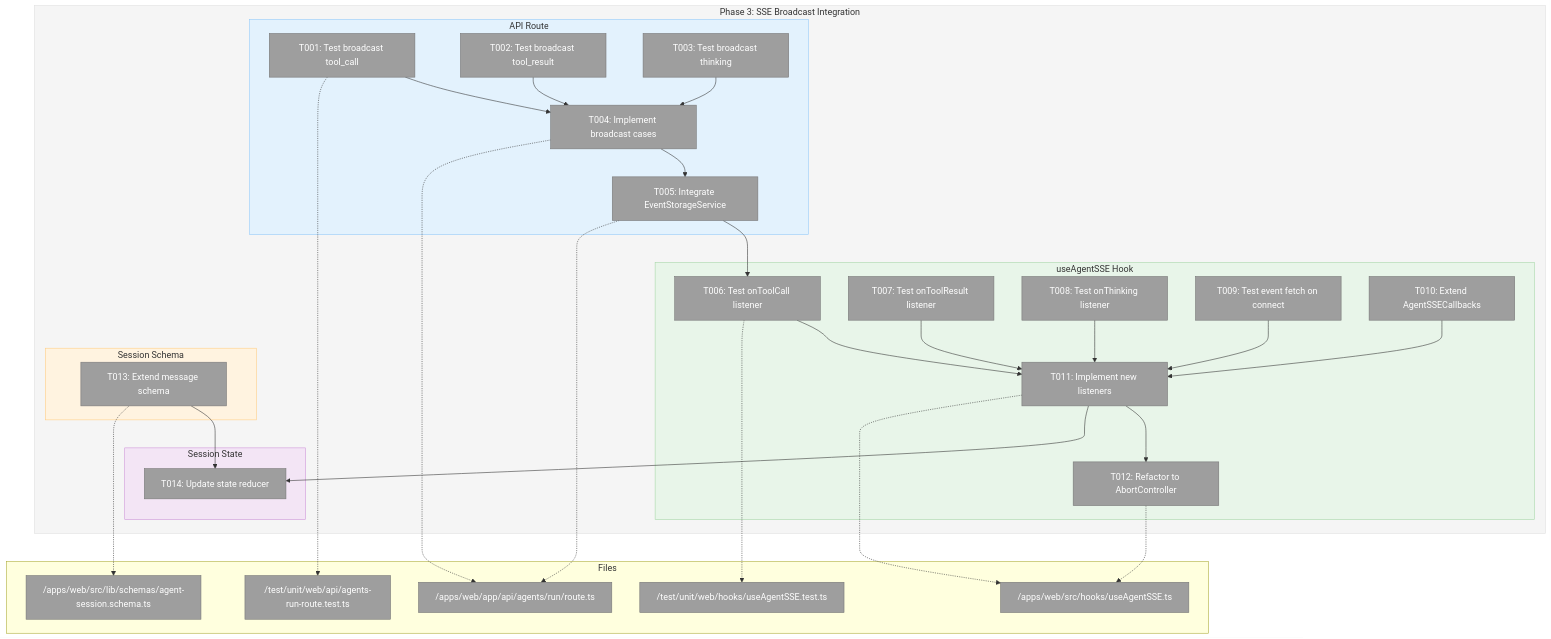
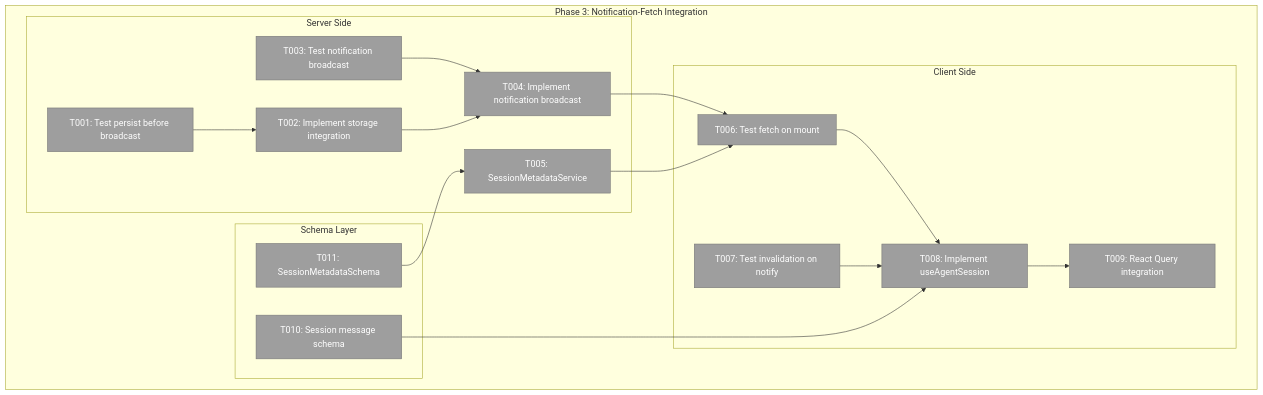
The first of 4 diagrams in docs/plans/015-better-agents/tasks/phase-3-sse-broadcast-integration/tasks.md (AI-Substrate/chainglass), drawn with Mermaid before and after one commit. The commit also changed other lines of this file and 1 other file, not shown here.

First line of the commit message:
feat(015): Phase 3 notification-fetch architecture design

````diff
--- a/docs/plans/015-better-agents/tasks/phase-3-sse-broadcast-integration/tasks.md
+++ b/docs/plans/015-better-agents/tasks/phase-3-sse-broadcast-integration/tasks.md
@@ -88,71 +126,38 @@
 ```mermaid
 flowchart TD
     classDef pending fill:#9E9E9E,stroke:#757575,color:#fff
-    classDef inprogress fill:#FF9800,stroke:#F57C00,color:#fff
     classDef completed fill:#4CAF50,stroke:#388E3C,color:#fff
-    classDef blocked fill:#F44336,stroke:#D32F2F,color:#fff
 
-    style Phase fill:#F5F5F5,stroke:#E0E0E0
-    style API fill:#E3F2FD,stroke:#90CAF9
-    style Hook fill:#E8F5E9,stroke:#A5D6A7
-    style Schema fill:#FFF3E0,stroke:#FFCC80
-    style State fill:#F3E5F5,stroke:#CE93D8
-
-    subgraph Phase["Phase 3: SSE Broadcast Integration"]
-        subgraph API["API Route"]
-            T001["T001: Test broadcast tool_call"]:::pending
-            T002["T002: Test broadcast tool_result"]:::pending
-            T003["T003: Test broadcast thinking"]:::pending
-            T004["T004: Implement broadcast cases"]:::pending
-            T005["T005: Integrate EventStorageService"]:::pending
-            T001 --> T004
-            T002 --> T004
-            T003 --> T004
-            T004 --> T005
+    subgraph Phase3["Phase 3: Notification-Fetch Integration"]
+        subgraph Schema["Schema Layer"]
+            T011["T011: SessionMetadataSchema"]:::pending
+            T010["T010: Session message schema"]:::pending
         end
 
-        subgraph Hook["useAgentSSE Hook"]
-            T006["T006: Test onToolCall listener"]:::pending
-            T007["T007: Test onToolResult listener"]:::pending
-            T008["T008: Test onThinking listener"]:::pending
-            T009["T009: Test event fetch on connect"]:::pending
-            T010["T010: Extend AgentSSECallbacks"]:::pending
-            T011["T011: Implement new listeners"]:::pending
-            T012["T012: Refactor to AbortController"]:::pending
-            T006 --> T011
-            T007 --> T011
-            T008 --> T011
-            T009 --> T011
-            T010 --> T011
-            T011 --> T012
+        subgraph Server["Server Side"]
+            T001["T001: Test persist before broadcast"]:::pending
+            T002["T002: Implement storage integration"]:::pending
+            T003["T003: Test notification broadcast"]:::pending
+            T004["T004: Implement notification broadcast"]:::pending
+            T005["T005: SessionMetadataService"]:::pending
+            T001 --> T002
+            T003 --> T004
+            T002 --> T004
+            T011 --> T005
         end
 
-        subgraph Schema["Session Schema"]
-            T013["T013: Extend message schema"]:::pending
+        subgraph Hook["Client Side"]
+            T006["T006: Test fetch on mount"]:::pending
+            T007["T007: Test invalidation on notify"]:::pending
+            T008["T008: Implement useAgentSession"]:::pending
+            T009["T009: React Query integration"]:::pending
+            T006 --> T008
+            T007 --> T008
+            T008 --> T009
         end
 
-        subgraph State["Session State"]
-            T014["T014: Update state reducer"]:::pending
-            T013 --> T014
-        end
-
+        T004 --> T006
         T005 --> T006
-        T011 --> T014
+        T010 --> T008
     end
-
-    subgraph Files["Files"]
-        F1["/apps/web/app/api/agents/run/route.ts"]:::pending
-        F2["/apps/web/src/hooks/useAgentSSE.ts"]:::pending
-        F3["/apps/web/src/lib/schemas/agent-session.schema.ts"]:::pending
-        F4["/test/unit/web/api/agents-run-route.test.ts"]:::pending
-        F5["/test/unit/web/hooks/useAgentSSE.test.ts"]:::pending
-    end
-
-    T004 -.-> F1
-    T005 -.-> F1
-    T011 -.-> F2
-    T012 -.-> F2
-    T013 -.-> F3
-    T001 -.-> F4
-    T006 -.-> F5
 ```
````
